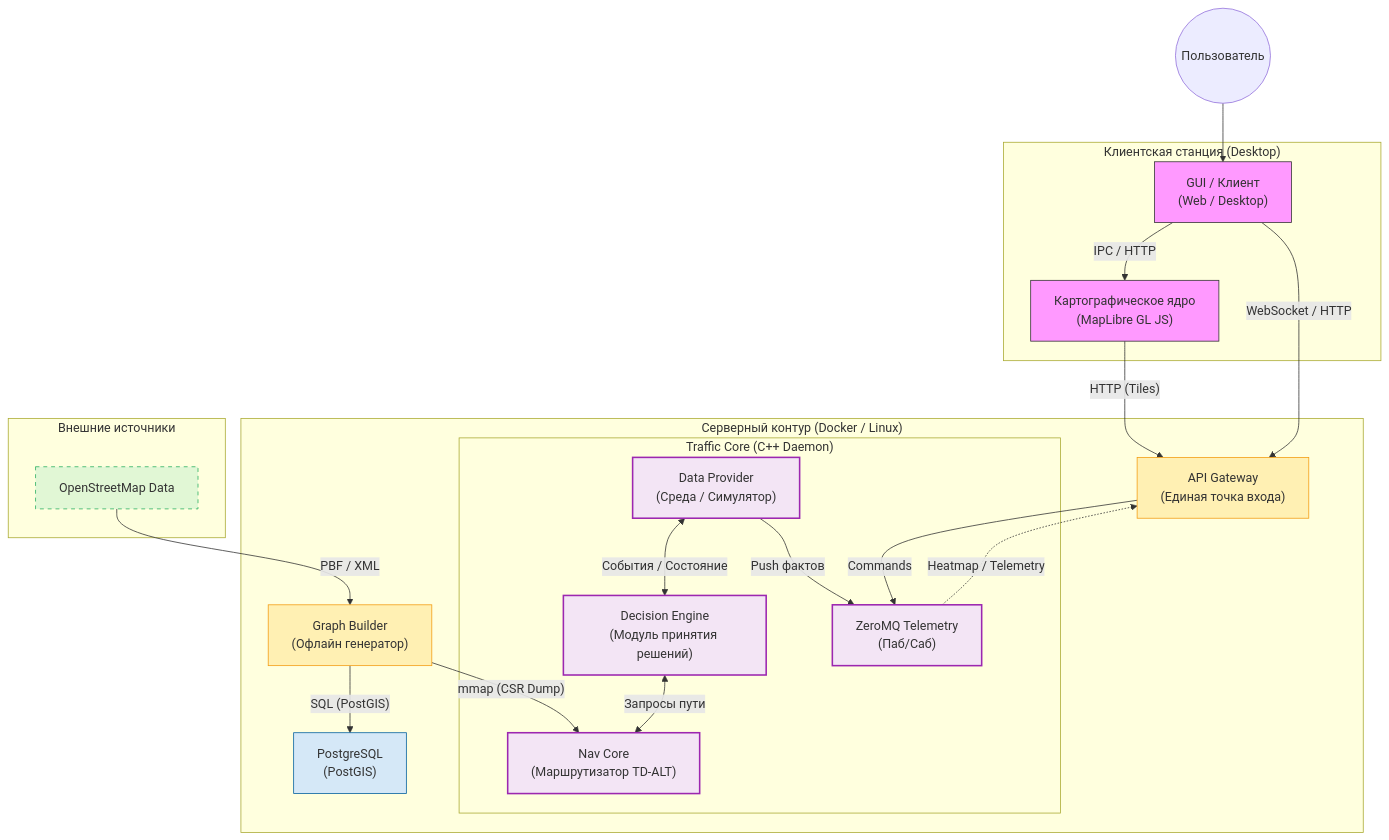
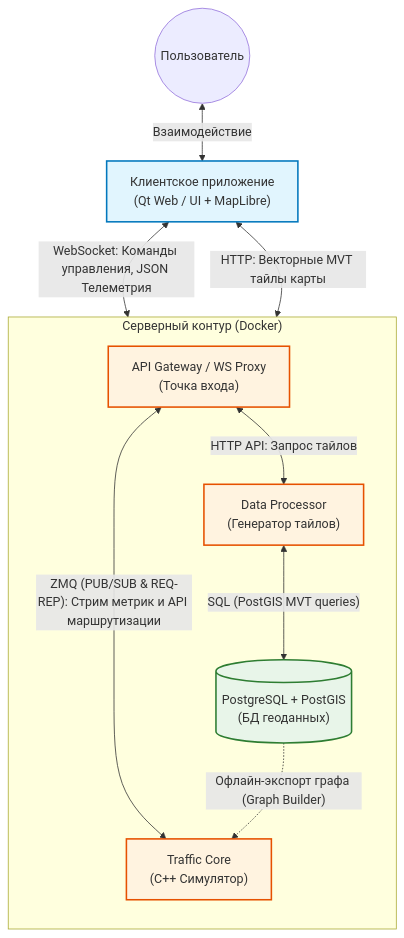
Before and after one commit to L1CH7/magistracy-diplom-iu12-docs: the diagram in assets/diagrams/01-system-arch.mmd, drawn with Mermaid. The commit also changed other lines of this file and 45 other files, not shown here.

```diff
--- a/assets/diagrams/01-system-arch.mmd
+++ b/assets/diagrams/01-system-arch.mmd
@@ -1,52 +1,31 @@
 flowchart TD
-    %% --- Стили ---
-    classDef client fill:#f9f,stroke:#333,stroke-width:1px;
-    classDef backend fill:#fff0b3,stroke:#f39c12,stroke-width:1px;
-    classDef core fill:#f3e5f5,stroke:#9c27b0,stroke-width:2px;
-    classDef db fill:#d5e8f7,stroke:#005f9e,stroke-width:1px;
-    classDef ext fill:#e1f7d5,stroke:#27ae60,stroke-dasharray: 5 5;
+    %% Стили
+    classDef client fill:#e1f5fe,stroke:#0277bd,stroke-width:2px;
+    classDef container fill:#fff3e0,stroke:#e65100,stroke-width:2px;
+    classDef db fill:#e8f5e9,stroke:#2e7d32,stroke-width:2px;
 
     User((Пользователь))
-
-    subgraph ClientHost ["Клиентская станция (Desktop)"]
-        UI["GUI / Клиент<br/>(Web / Desktop)"]:::client
-        MapLibre["Картографическое ядро<br/>(MapLibre GL JS)"]:::client
+    
+    Client["Клиентское приложение<br/>(Qt Web / UI + MapLibre)"]:::client
+    
+    subgraph Docker["Серверный контур (Docker)"]
+        direction TB
+        Gateway["API Gateway / WS Proxy<br/>(Точка входа)"]:::container
+        Core["Traffic Core<br/>(C++ Симулятор)"]:::container
+        DataProc["Data Processor<br/>(Генератор тайлов)"]:::container
+        DB[("PostgreSQL + PostGIS<br/>(БД геоданных)")]:::db
     end
 
-    subgraph Server ["Серверный контур (Docker / Linux)"]
-        Gateway["API Gateway<br/>(Единая точка входа)"]:::backend
-        
-        subgraph TrafficCore ["Traffic Core (C++ Daemon)"]
-            DP["Data Provider<br/>(Среда / Симулятор)"]:::core
-            MPR["Decision Engine<br/>(Модуль принятия решений)"]:::core
-            Router["Nav Core<br/>(Маршрутизатор TD-ALT)"]:::core
-            ZMQ["ZeroMQ Telemetry<br/>(Паб/Саб)"]:::core
-        end
-        
-        DB["PostgreSQL<br/>(PostGIS)"]:::db
-        Builder["Graph Builder<br/>(Офлайн генератор)"]:::backend
-    end
-
-    subgraph External ["Внешние источники"]
-        OSM["OpenStreetMap Data"]:::ext
-    end
-
-    %% Связи пользователя и UI
-    User --> UI
-    UI -->|"IPC / HTTP"| MapLibre
-    UI -->|"WebSocket / HTTP"| Gateway
-    MapLibre -->|"HTTP (Tiles)"| Gateway
-
-    %% Взаимодействие с бэкендом
-    Gateway -->|"Commands"| ZMQ
-    ZMQ -.->|"Heatmap / Telemetry"| Gateway
+    User <-->|Взаимодействие| Client
     
-    %% Офлайн контур
-    OSM -->|"PBF / XML"| Builder
-    Builder -->|"SQL (PostGIS)"| DB
-    Builder -->|"mmap (CSR Dump)"| Router
-
-    %% Внутренний контур Traffic Core
-    DP <-->|События / Состояние| MPR
-    MPR <-->|Запросы пути| Router
-    DP -->|Push фактов| ZMQ
+    %% Взаимодействие с клиентом
+    Client <-->|WebSocket: Команды управления, JSON Телеметрия| Gateway
+    Client <-->|HTTP: Векторные MVT тайлы карты| Gateway
+    
+    %% Внутренний роутинг в Docker
+    Gateway <-->|"ZMQ (PUB/SUB & REQ-REP): Стрим метрик и API маршрутизации"| Core
+    Gateway <-->|"HTTP API: Запрос тайлов"| DataProc
+    
+    %% Работа с базой
+    DataProc <-->|"SQL (PostGIS MVT queries)"| DB
+    DB -. "Офлайн-экспорт графа (Graph Builder)" .-> Core
```
